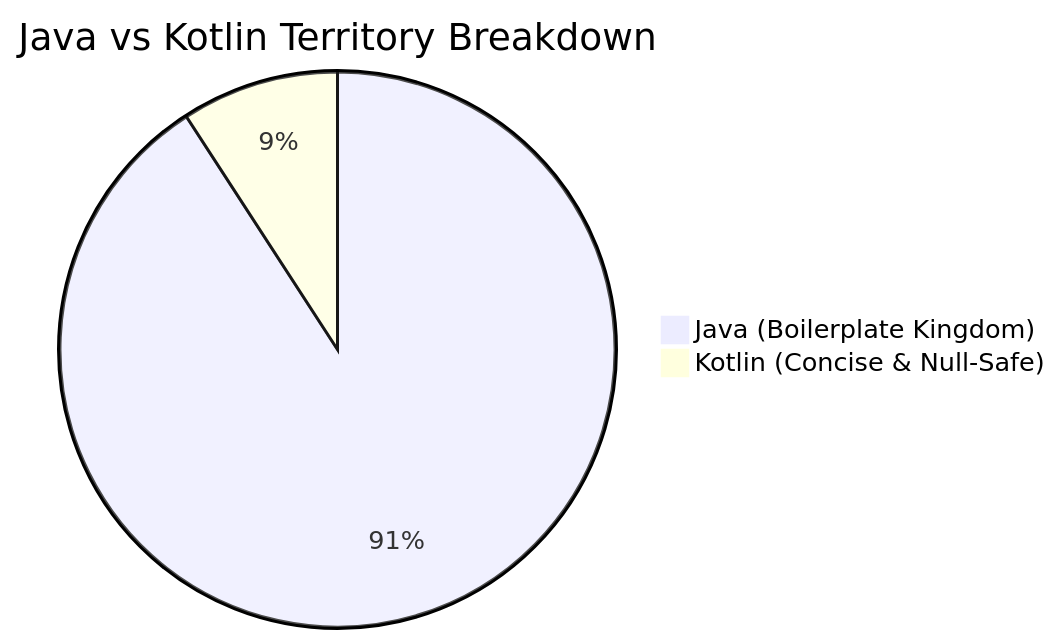
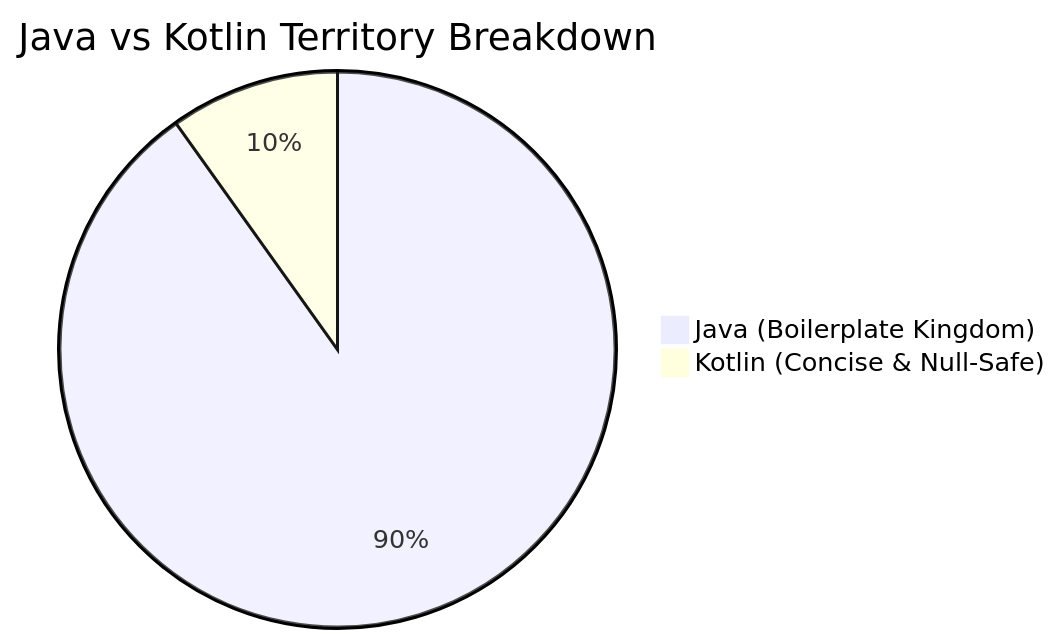
Before and after one commit to solomonrajan/cashledger: the first of 3 diagrams in KOTLIN_MIGRATION_REPORT.md, drawn with Mermaid. The commit also changed other lines of this file, not shown here.

Commit message:
docs: auto-update Kotlin migration report [skip ci]

````diff
--- a/KOTLIN_MIGRATION_REPORT.md
+++ b/KOTLIN_MIGRATION_REPORT.md
@@ -19,5 +19,5 @@
 ```mermaid
 pie title Java vs Kotlin Territory Breakdown
-    "Java (Boilerplate Kingdom)" : 486
-    "Kotlin (Concise & Null-Safe)" : 49
+    "Java (Boilerplate Kingdom)" : 484
+    "Kotlin (Concise & Null-Safe)" : 53
 ```
````
